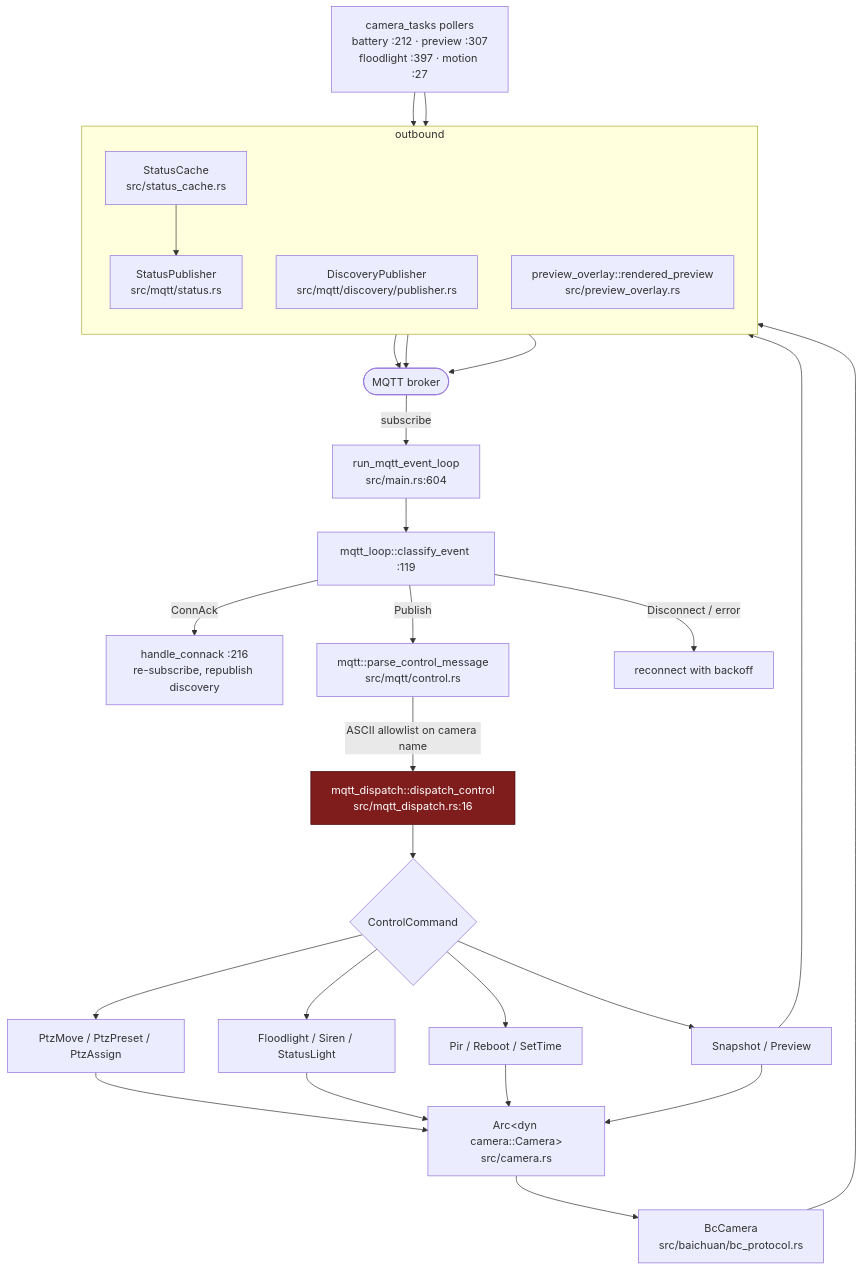
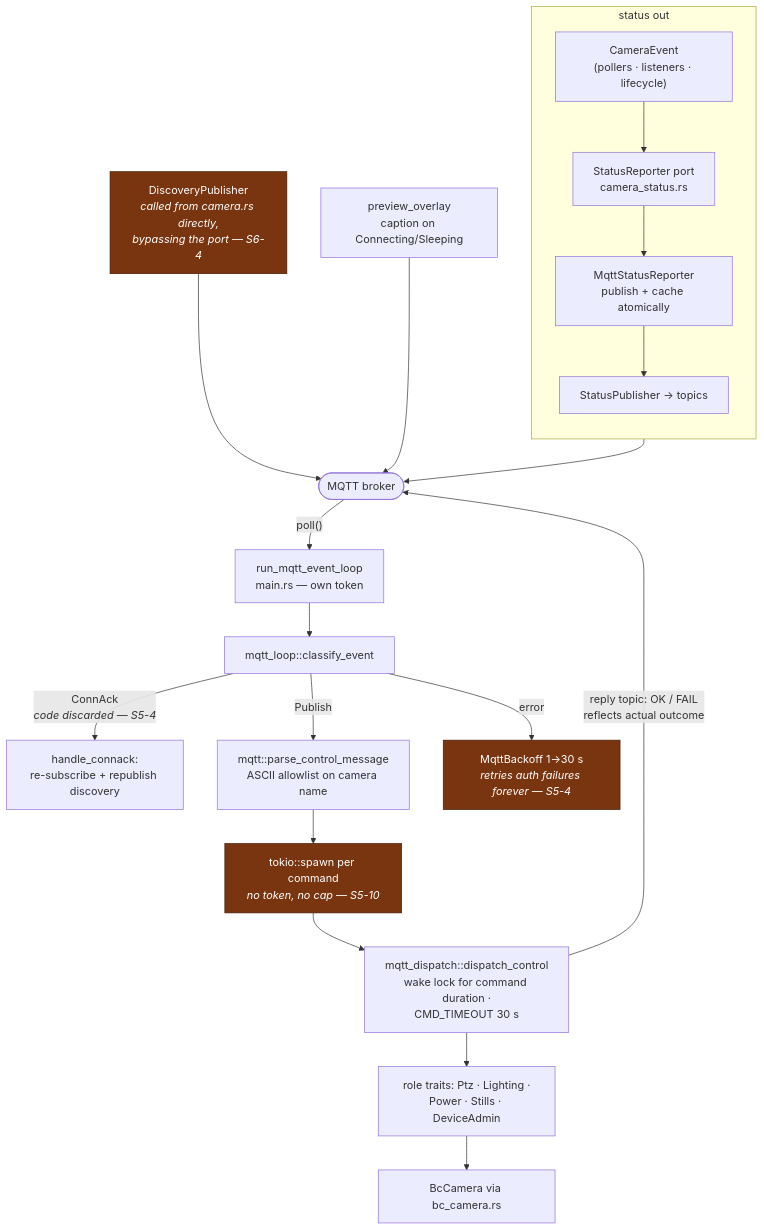
One commit to hsoj/bairelay changed the ninth of 14 diagrams in docs/code-paths.md. Above: the diagram before and after it, drawn with Mermaid. The commit also changed other lines of this file and 7 other files, not shown here.

````diff
--- a/docs/code-paths.md
+++ b/docs/code-paths.md
@@ -415,45 +337,32 @@
 ```mermaid
 flowchart TD
     BROKER([MQTT broker])
 
-    BROKER -->|"subscribe"| EL["run_mqtt_event_loop<br/>src/main.rs:604"]
-    EL --> CE["mqtt_loop::classify_event :119"]
+    BROKER -->|"poll()"| EL["run_mqtt_event_loop<br/>main.rs — own token"]
+    EL --> CE["mqtt_loop::classify_event"]
+    CE -->|"ConnAck<br/><i>code discarded — S5-4</i>"| CA["handle_connack:<br/>re-subscribe + republish discovery"]
+    CE -->|"Publish"| PC["mqtt::parse_control_message<br/>ASCII allowlist on camera name"]
+    CE -->|"error"| BK["MqttBackoff 1→30 s<br/><i>retries auth failures forever — S5-4</i>"]
 
-    CE -->|"ConnAck"| CA["handle_connack :216<br/>re-subscribe, republish discovery"]
-    CE -->|"Publish"| PC["mqtt::parse_control_message<br/>src/mqtt/control.rs"]
-    CE -->|"Disconnect / error"| RC["reconnect with backoff"]
+    PC --> SPAWN["tokio::spawn per command<br/><i>no token, no cap — S5-10</i>"]
+    SPAWN --> DC["mqtt_dispatch::dispatch_control<br/>wake lock for command duration ·<br/>CMD_TIMEOUT 30 s"]
+    DC --> ROLES["role traits: Ptz · Lighting ·<br/>Power · Stills · DeviceAdmin"]
+    ROLES --> BCAM["BcCamera via bc_camera.rs"]
 
-    PC -->|"ASCII allowlist on camera name"| DC["mqtt_dispatch::dispatch_control<br/>src/mqtt_dispatch.rs:16"]
-
-    DC --> CMD{ControlCommand}
-    CMD --> C1["PtzMove / PtzPreset / PtzAssign"]
-    CMD --> C2["Floodlight / Siren / StatusLight"]
-    CMD --> C3["Pir / Reboot / SetTime"]
-    CMD --> C4["Snapshot / Preview"]
-
-    C1 --> DRV["Arc&lt;dyn camera::Camera&gt;<br/>src/camera.rs"]
-    C2 --> DRV
-    C3 --> DRV
-    C4 --> DRV
-
-    DRV --> BCC["BcCamera<br/>src/baichuan/bc_protocol.rs"]
-
-    subgraph PUB ["outbound"]
+    subgraph OUTB ["status out"]
         direction TB
-        SP["StatusPublisher<br/>src/mqtt/status.rs"]
-        DP["DiscoveryPublisher<br/>src/mqtt/discovery/publisher.rs"]
-        SC["StatusCache<br/>src/status_cache.rs"]
-        OV["preview_overlay::rendered_preview<br/>src/preview_overlay.rs"]
+        EV["CameraEvent<br/>(pollers · listeners · lifecycle)"]
+        SR["StatusReporter port<br/>camera_status.rs"]
+        MSR["MqttStatusReporter<br/>publish + cache atomically"]
+        SP["StatusPublisher → topics"]
+        EV --> SR --> MSR --> SP
     end
 
-    BCC --> SC --> SP --> BROKER
-    DP --> BROKER
-    OV --> BROKER
+    DP["DiscoveryPublisher<br/><i>called from camera.rs directly,<br/>bypassing the port — S6-4</i>"] --> BROKER
+    OV["preview_overlay<br/>caption on Connecting/Sleeping"] --> BROKER
+    SP --> BROKER
+    DC -->|"reply topic: OK / FAIL<br/>reflects actual outcome"| BROKER
 
-    POLL["camera_tasks pollers<br/>battery :212 · preview :307<br/>floodlight :397 · motion :27"] --> SC
-    POLL --> OV
-    C4 --> OV
-
-    classDef issue fill:#7f1d1d,stroke:#450a0a,color:#fff
-    class DC issue
+    classDef warn fill:#78350f,stroke:#451a03,color:#fff
+    class SPAWN,BK,DP warn
 ```
````
